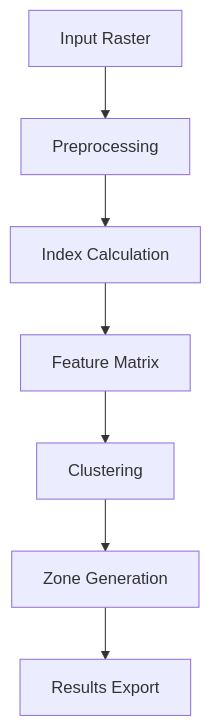
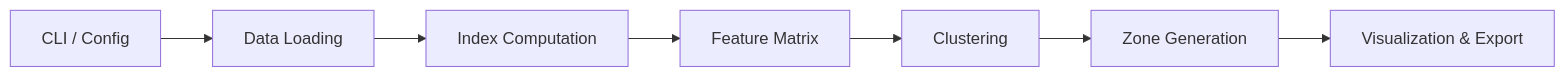
The diagram in docs/technical/technical_documentation.md (australmetrics/agricultural-zoning-ml), drawn with Mermaid before and after one commit. The commit also changed other lines of this file and 21 other files, not shown here.

````diff
--- a/docs/technical/technical_documentation.md
+++ b/docs/technical/technical_documentation.md
@@ -58,9 +52,9 @@
 ```mermaid
-graph TD
-    A[Input Raster] --> B[Preprocessing]
-    B --> C[Index Calculation]
-    C --> D[Feature Matrix]
-    D --> E[Clustering]
-    E --> F[Zone Generation]
-    F --> G[Results Export]
+graph LR
+  A[CLI / Config] --> B[Data Loading]
+  B --> C[Index Computation]
+  C --> D[Feature Matrix]
+  D --> E[Clustering]
+  E --> F[Zone Generation]
+  F --> G[Visualization & Export]
 ```
````
